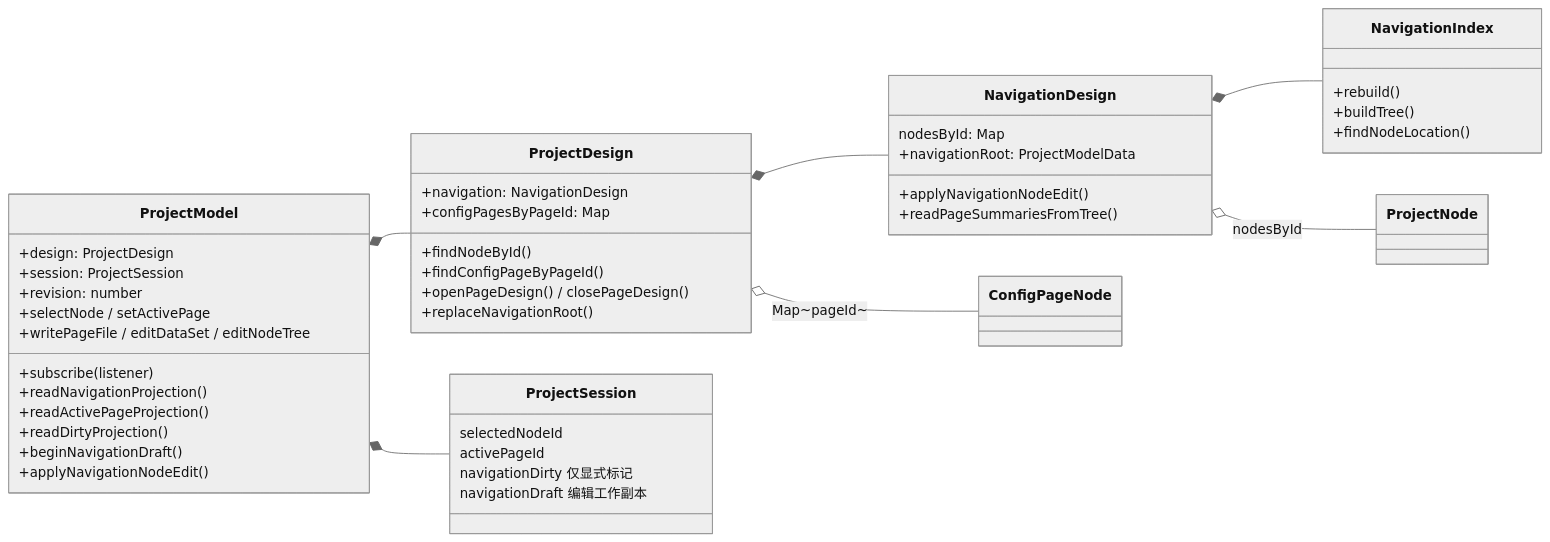
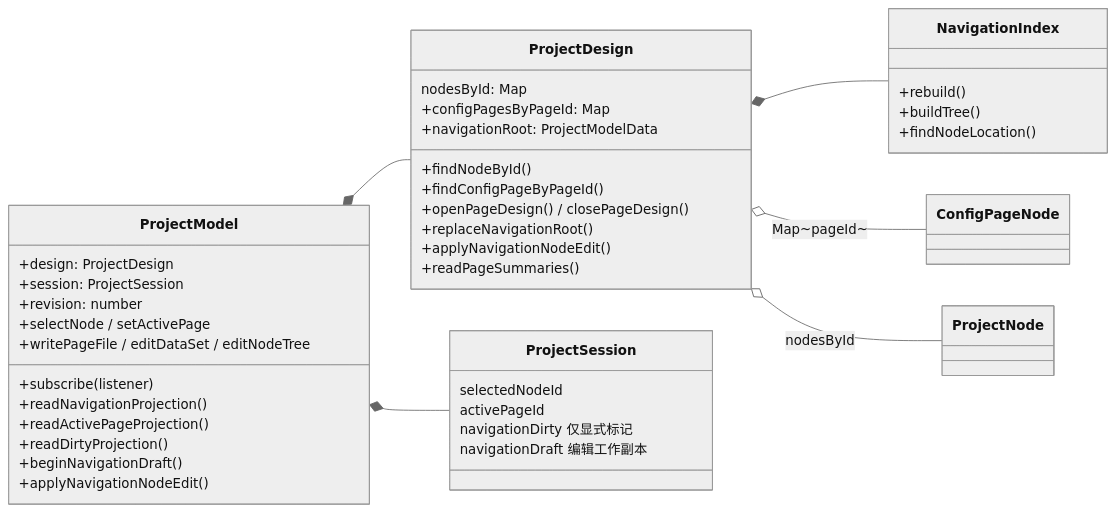
Before and after one commit to LMSpark/spark-view-vue: the second of 5 diagrams in packages/spark-project-model/src/MODEL-HIERARCHY.md, drawn with Mermaid (neutral theme). The commit also changed other lines of this file and 8 other files, not shown here.

First line of the commit message:
refactor(spark-project-model): merge NavigationDesign into ProjectDesign

````diff
--- a/packages/spark-project-model/src/MODEL-HIERARCHY.md
+++ b/packages/spark-project-model/src/MODEL-HIERARCHY.md
@@ -94,54 +94,49 @@
 ```mermaid
 classDiagram
   direction LR
 
   class ProjectModel {
     +design: ProjectDesign
     +session: ProjectSession
     +revision: number
     +subscribe(listener)
     +readNavigationProjection()
     +readActivePageProjection()
     +readDirtyProjection()
     +selectNode / setActivePage
     +beginNavigationDraft()
     +applyNavigationNodeEdit()
     +writePageFile / editDataSet / editNodeTree
   }
 
   class ProjectDesign {
-    +navigation: NavigationDesign
+    nodesById: Map
     +configPagesByPageId: Map
+    +navigationRoot: ProjectModelData
     +findNodeById()
     +findConfigPageByPageId()
     +openPageDesign() / closePageDesign()
     +replaceNavigationRoot()
-  }
-
-  class NavigationDesign {
-    nodesById: Map
-    +navigationRoot: ProjectModelData
     +applyNavigationNodeEdit()
-    +readPageSummariesFromTree()
+    +readPageSummaries()
   }
 
   class NavigationIndex {
     +rebuild()
     +buildTree()
     +findNodeLocation()
   }
 
   class ProjectSession {
     selectedNodeId
     activePageId
     navigationDirty 仅显式标记
     navigationDraft  编辑工作副本
   }
 
   ProjectModel *-- ProjectDesign
   ProjectModel *-- ProjectSession
-  ProjectDesign *-- NavigationDesign
+  ProjectDesign *-- NavigationIndex
   ProjectDesign o-- ConfigPageNode : Map~pageId~
-  NavigationDesign *-- NavigationIndex
-  NavigationDesign o-- ProjectNode : nodesById
+  ProjectDesign o-- ProjectNode : nodesById
 ```
````
